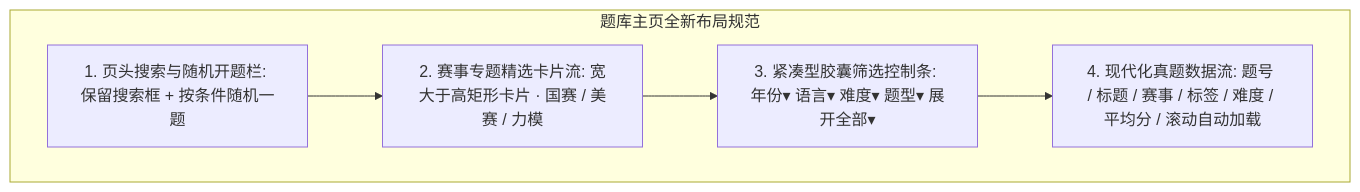
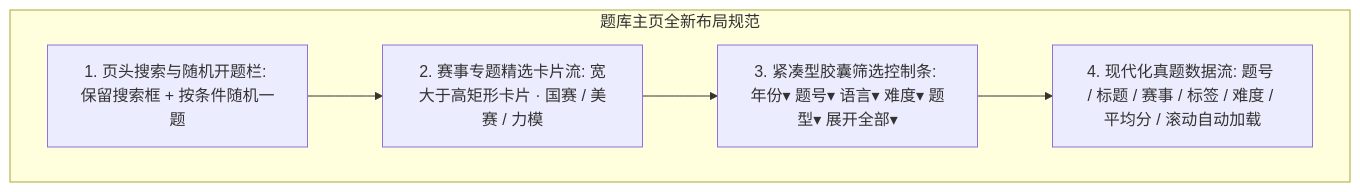
One commit to Dorian7Alden/LeetModel changed the second of 3 diagrams in docs/project/04-前端设计/05-题库重构设计.md. Above: the diagram before and after it, drawn with Mermaid. The commit also changed other lines of this file and 1 other file, not shown here.

````diff
--- a/docs/project/04-前端设计/05-题库重构设计.md
+++ b/docs/project/04-前端设计/05-题库重构设计.md
@@ -81,13 +82,13 @@
 ```mermaid
 graph TD
     subgraph 题库主页全新布局规范
         Area1[1. 页头搜索与随机开题栏: 保留搜索框 + 按条件随机一题]
         Area2[2. 赛事专题精选卡片流: 宽大于高矩形卡片 · 国赛 / 美赛 / 力模]
-        Area3[3. 紧凑型胶囊筛选控制条: 年份▾ 语言▾ 难度▾ 题型▾ 展开全部▾]
+        Area3[3. 紧凑型胶囊筛选控制条: 年份▾ 题号▾ 语言▾ 难度▾ 题型▾ 展开全部▾]
         Area4[4. 现代化真题数据流: 题号 / 标题 / 赛事 / 标签 / 难度 / 平均分 / 滚动自动加载]
     end
 
     Area1 --> Area2
     Area2 --> Area3
     Area3 --> Area4
 ```
````
